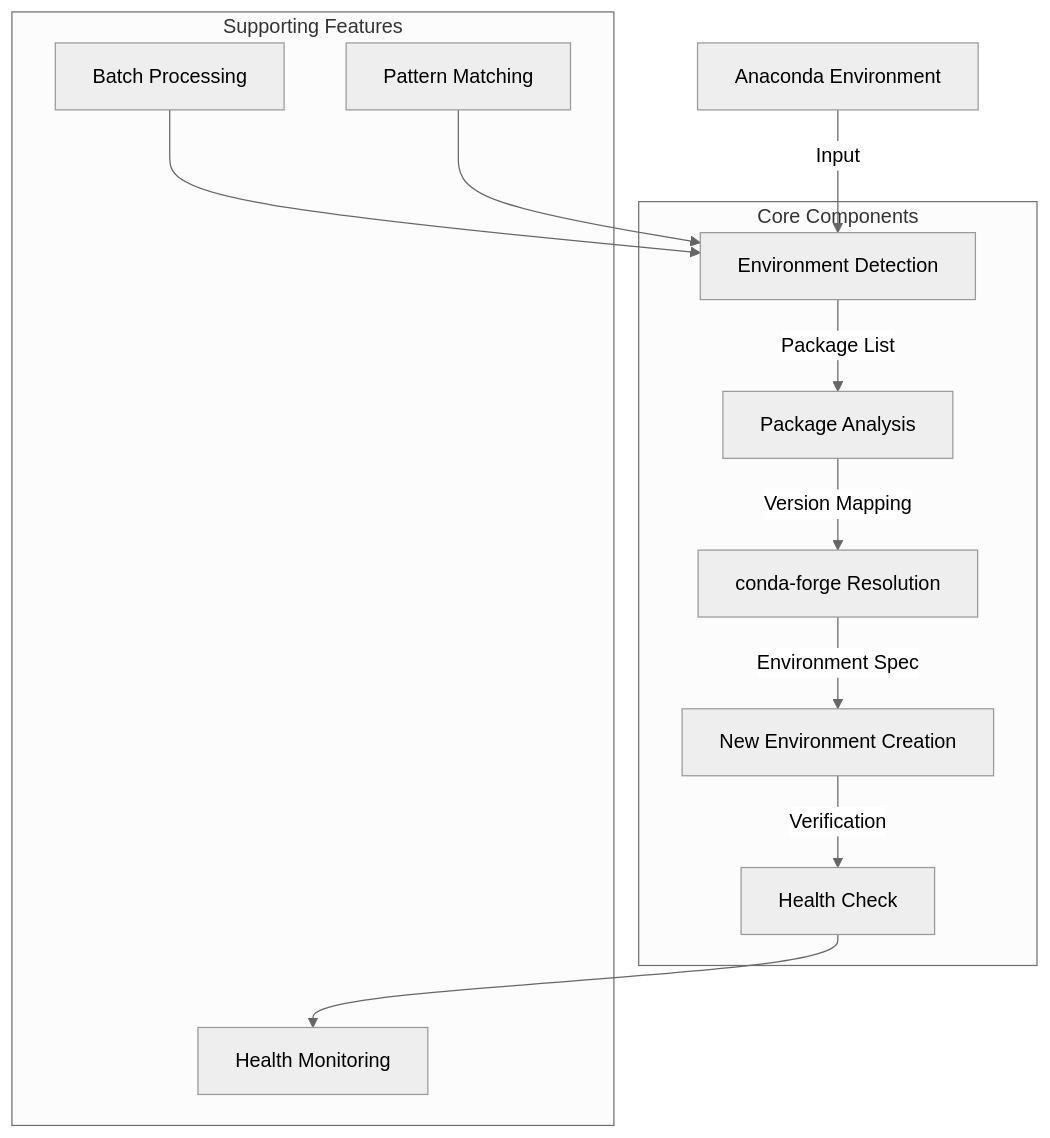
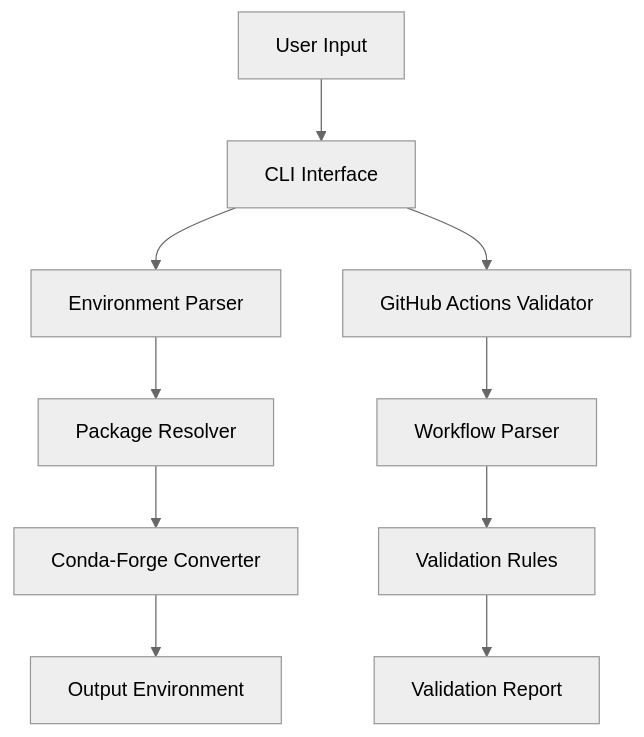
Before and after one commit to hughy603/anaconda-to-miniconda: the diagram in docs/index.md, drawn with Mermaid (neutral theme). The commit also changed other lines of this file and 43 other files, not shown here.

````diff
--- a/docs/index.md
+++ b/docs/index.md
@@ -7,26 +34,12 @@
 ```mermaid
 graph TD
-    A[Anaconda Environment] -->|Input| B[Environment Detection]
-    B -->|Package List| C[Package Analysis]
-    C -->|Version Mapping| D[conda-forge Resolution]
-    D -->|Environment Spec| E[New Environment Creation]
-    E -->|Verification| F[Health Check]
-
-    subgraph "Core Components"
-        B
-        C
-        D
-        E
-        F
-    end
-
-    subgraph "Supporting Features"
-        G[Batch Processing]
-        H[Pattern Matching]
-        I[Health Monitoring]
-    end
-
-    G --> B
-    H --> B
-    F --> I
+    A[User Input] --> B[CLI Interface]
+    B --> C[Environment Parser]
+    C --> D[Package Resolver]
+    D --> E[Conda-Forge Converter]
+    E --> F[Output Environment]
+    B --> G[GitHub Actions Validator]
+    G --> H[Workflow Parser]
+    H --> I[Validation Rules]
+    I --> J[Validation Report]
 ```
````
